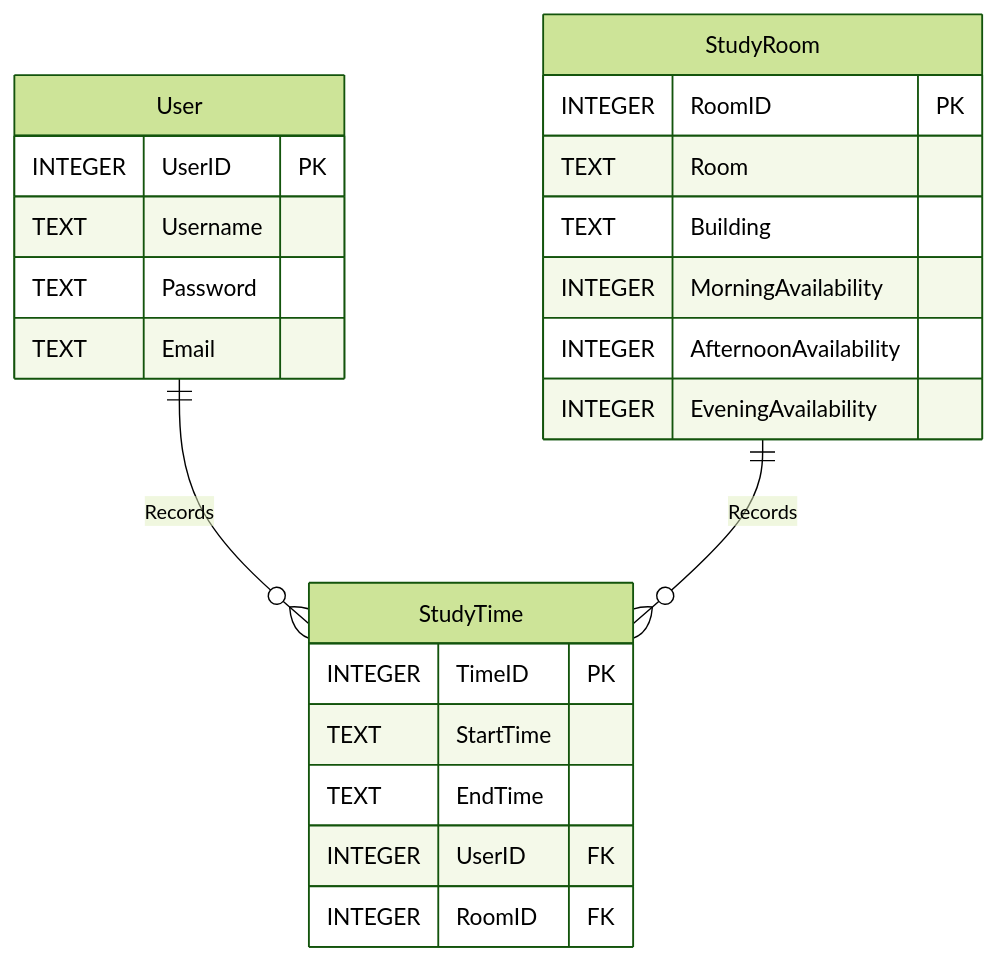
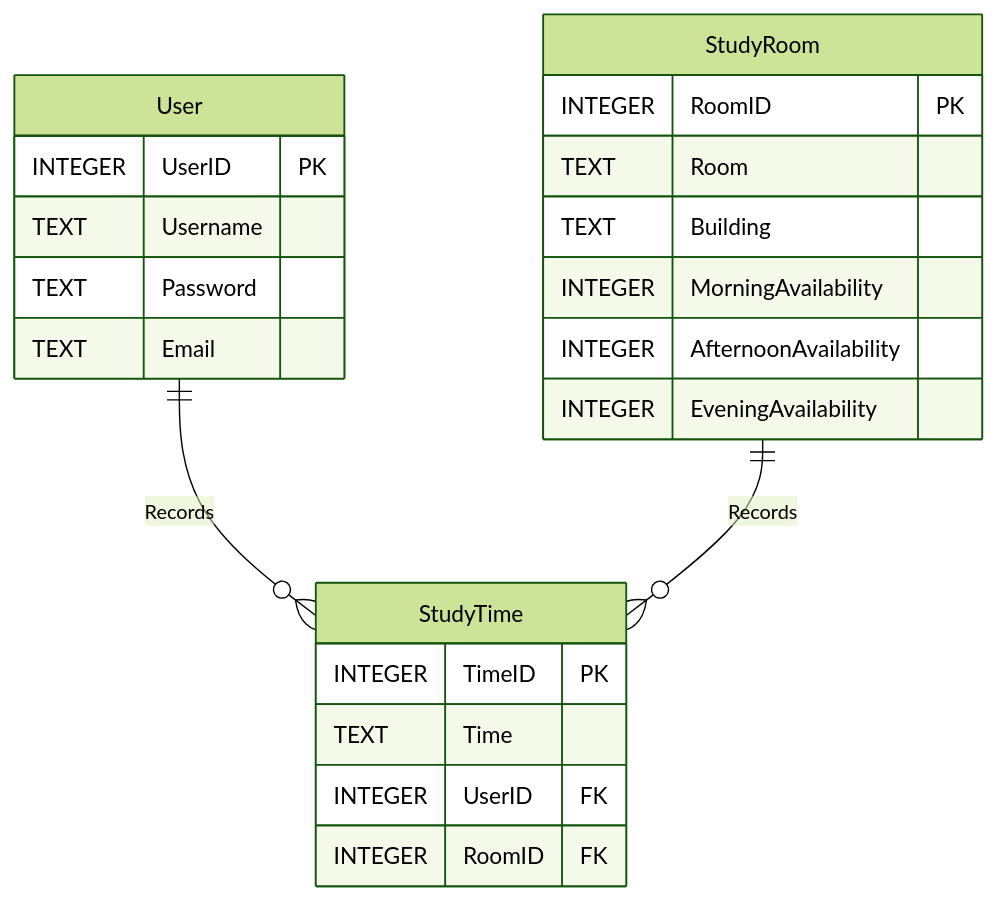
The diagram in README.md (AuroraZoer/StudySpace), drawn with Mermaid (forest theme) before and after one commit. The commit also changed 2 other files, not shown here.

Commit message:
fix: studytime database

````diff
--- a/README.md
+++ b/README.md
@@ -7,30 +7,29 @@
 ```mermaid
 erDiagram
     User ||--o{ StudyTime : Records
     StudyRoom ||--o{ StudyTime: Records
     
 
 User {
     INTEGER UserID PK
     TEXT Username
     TEXT Password
     TEXT Email
 }
 
 StudyRoom {
      INTEGER RoomID PK
      TEXT Room
      TEXT Building
      INTEGER MorningAvailability 
      INTEGER AfternoonAvailability 
      INTEGER EveningAvailability 
 }
 
 StudyTime {
     INTEGER TimeID PK
-    TEXT StartTime
-    TEXT EndTime
+    TEXT Time
     INTEGER UserID FK
     INTEGER RoomID FK
 }
 ```
````
